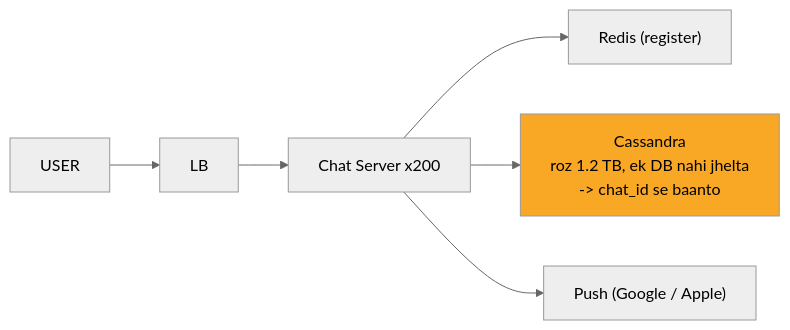
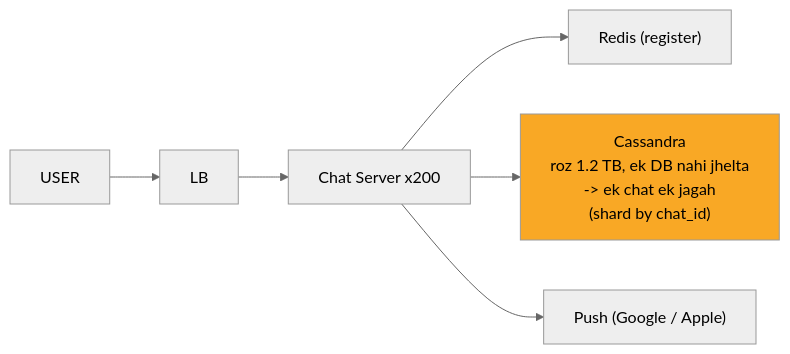
One commit to ArpanMaheshwari144/Prep changed the fifth of 12 diagrams in 04_HLD/SYSTEM_DESIGNS/14_chat_messaging/14_chat_messaging.md. Above: the diagram before and after it, drawn with Mermaid (neutral theme). The commit also changed other lines of this file and 13 other files, not shown here.

````diff
--- a/04_HLD/SYSTEM_DESIGNS/14_chat_messaging/14_chat_messaging.md
+++ b/04_HLD/SYSTEM_DESIGNS/14_chat_messaging/14_chat_messaging.md
@@ -208,15 +208,15 @@
 ```mermaid
 flowchart LR
     n_U["USER"]
     n_LB["LB"]
     n_CS["Chat Server x200"]
     n_R["Redis (register)"]
-    n_CA["Cassandra<br/>roz 1.2 TB, ek DB nahi jhelta<br/>-> chat_id se baanto"]
+    n_CA["Cassandra<br/>roz 1.2 TB, ek DB nahi jhelta<br/>-> ek chat ek jagah<br/>(shard by chat_id)"]
     n_P["Push (Google / Apple)"]
     n_U --> n_LB
     n_LB --> n_CS
     n_CS --> n_R
     n_CS --> n_CA
     n_CS --> n_P
     style n_CA fill:#f9a825,color:#000
 ```
````
